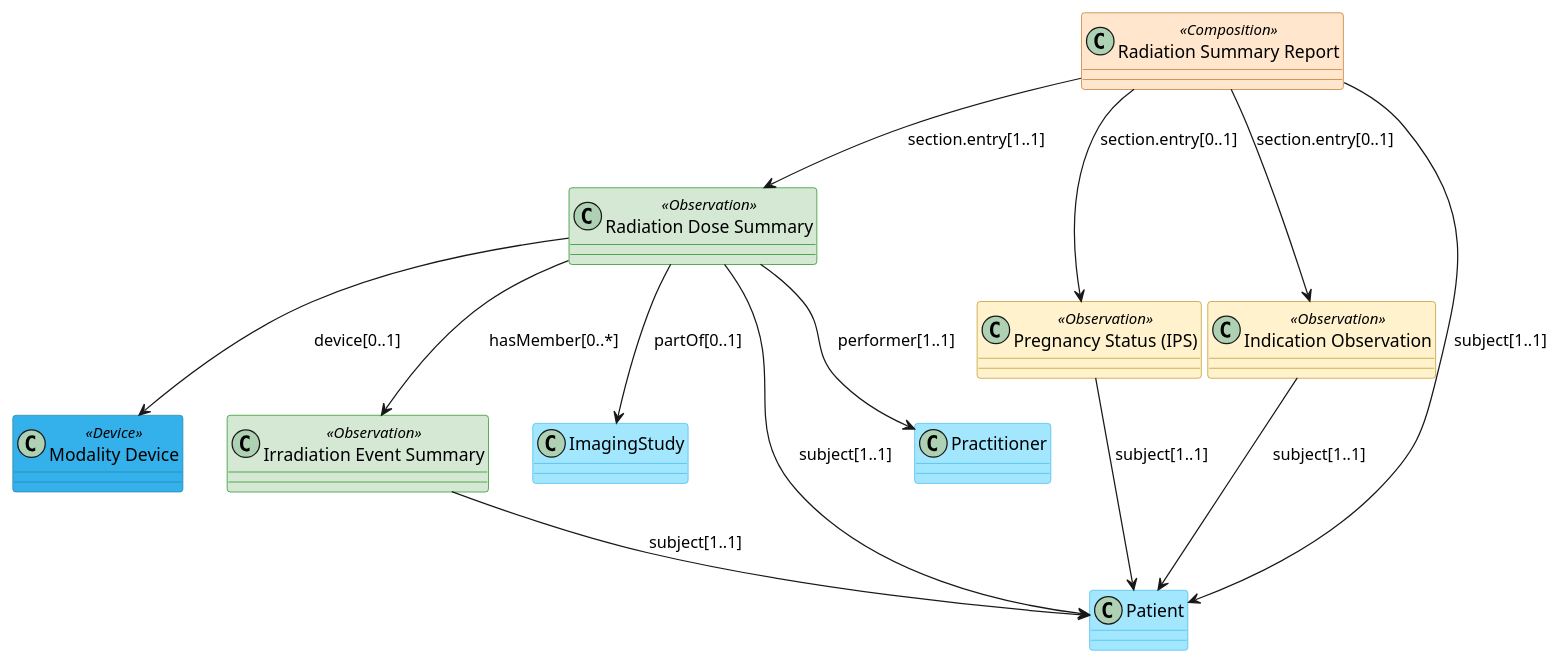
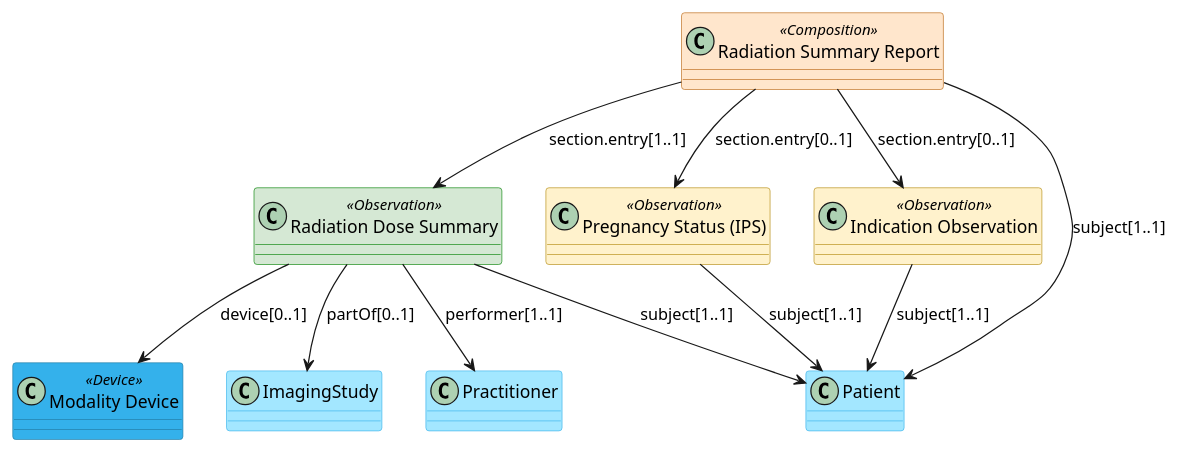
One commit to HL7/fhir-radiation-dose-summary-ig changed the diagram in input/images-source/archi.plantuml. Above: the diagram before and after it, drawn with PlantUML. The commit also changed 6 other files, not shown here.

Commit message:
FHIR-35713 - remove irradiation event profile

```diff
--- a/input/images-source/archi.plantuml
+++ b/input/images-source/archi.plantuml
@@ -1,24 +1,21 @@
 @startuml archi
 class "Radiation Summary Report" as RSR <<Composition>> #ffe6cc ##b86611
 class "Radiation Dose Summary" as DoseSummary <<Observation>> #d5e8d4 ##green 
 class "Pregnancy Status (IPS)" as PregnancyStatus <<Observation>> #fff2cc ##b3880c
 class "Indication Observation" as Indication <<Observation>> #fff2cc ##b3880c
 class "Modality Device" as Modality <<Device>> #34b1eb ##217aa3
-class "Irradiation Event Summary" as IrradiationEvent <<Observation>> #d5e8d4 ##green 
 class "ImagingStudy" as ImagingStudy #a3e7ff ##34b1eb
 class "Patient" as Patient #a3e7ff ##34b1eb
 class "Practitioner" as Practitioner #a3e7ff ##34b1eb
 
 DoseSummary   -down-> Patient : subject[1..1]
 DoseSummary   -down-> Practitioner : performer[1..1]
 DoseSummary   -down-> ImagingStudy : partOf[0..1]
-DoseSummary   -down-> IrradiationEvent : hasMember[0..*]
 DoseSummary   -down-> Modality : device[0..1]
-IrradiationEvent  -down-> Patient : subject[1..1]
 PregnancyStatus  -down-> Patient : subject[1..1]
 Indication  -down-> Patient : subject[1..1]
 RSR -down-> Patient : subject[1..1]
 RSR  -down-> DoseSummary  : section.entry[1..1]
 RSR  -down-> PregnancyStatus : section.entry[0..1]
 RSR  -down-> Indication : section.entry[0..1]
 @enduml
```
